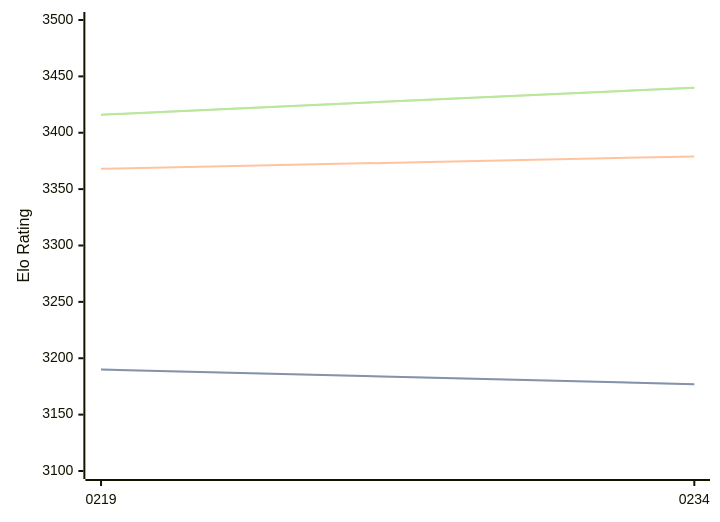
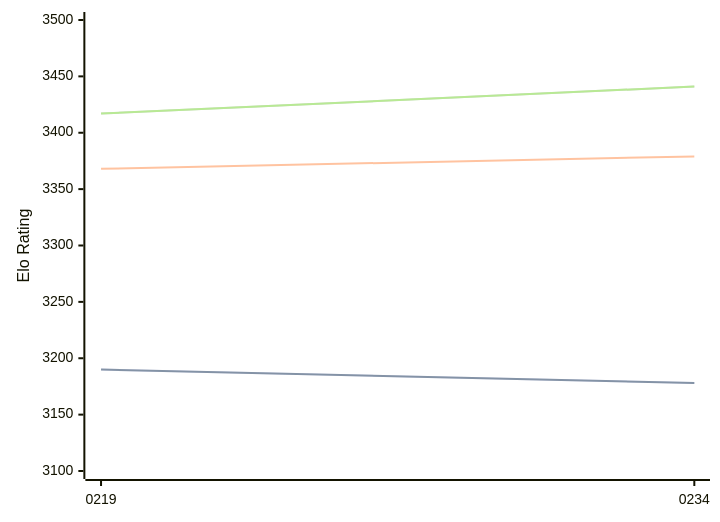
One commit to computer-chess-index/cci changed the diagram in engines/Ynode.md. Above: the diagram before and after it, drawn with Mermaid. The commit also changed other lines of this file, not shown here.

Commit message:
Update CCI Ratings (ELO VLTC) - 2026-05-12

````diff
--- a/engines/Ynode.md
+++ b/engines/Ynode.md
@@ -39,11 +39,11 @@
 ```mermaid
 %%{init: {"theme":"base","themeVariables":{"seriesColors:['#a3a3a3','#222221','#faa371']}}}%%
 xychart-beta
   x-axis ["0219", "0234"]
   y-axis "Elo Rating" 3100 --> 3500
-  line "STC (8.0+0.08s)" [3190, 3177]
-  line "STC (8.0+0.08s)" [3190, 3177]
+  line "STC (8.0+0.08s)" [3190, 3178]
+  line "STC (8.0+0.08s)" [3190, 3178]
   line "LTC (60.0+0.60s)" [3368, 3379]
-  line "VLTC (2m24s+1.12s)" [3416, 3440]
-  line "VLTC (2m24s+1.12s)" [3416, 3440]
+  line "VLTC (2m24s+1.12s)" [3417, 3441]
+  line "VLTC (2m24s+1.12s)" [3417, 3441]
 ```
````
